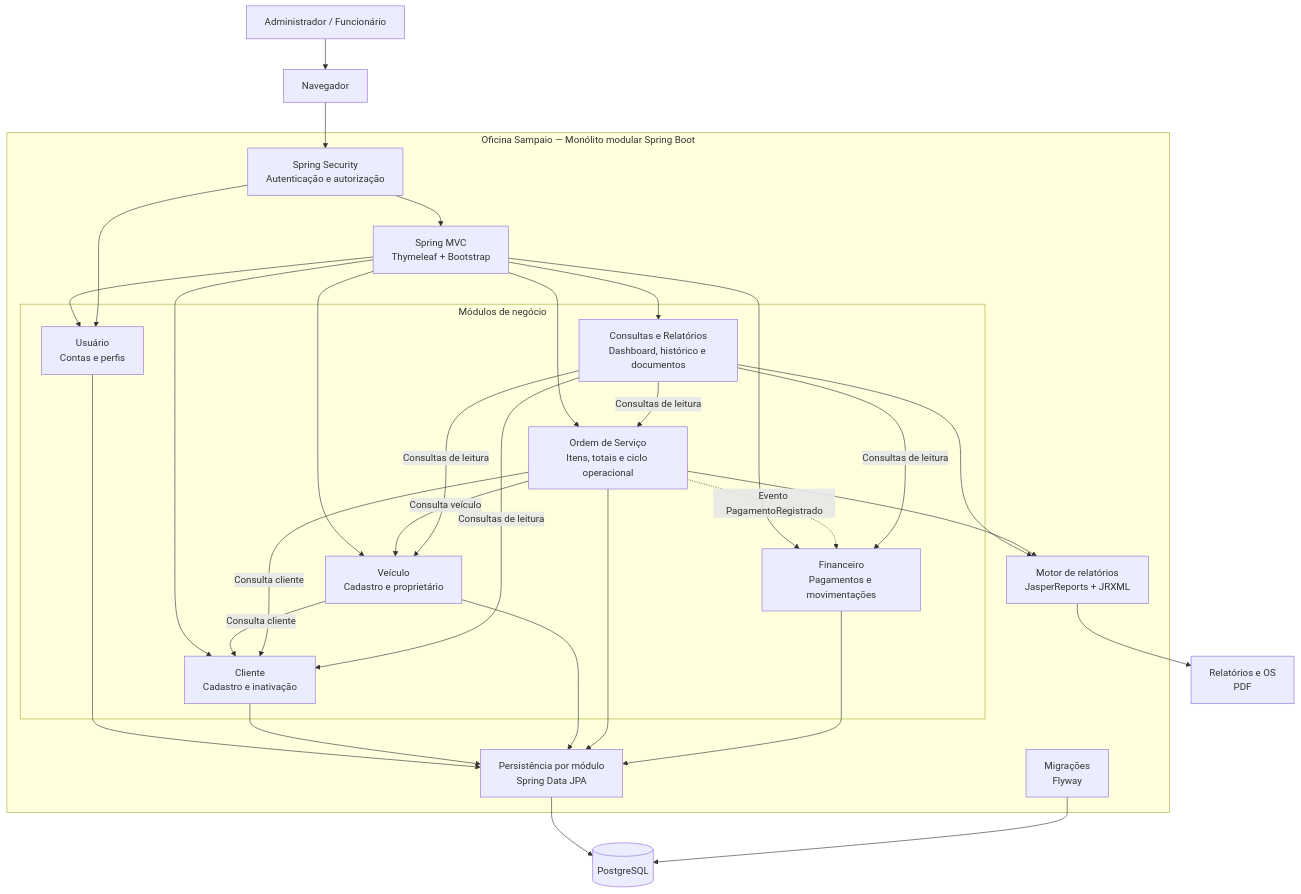
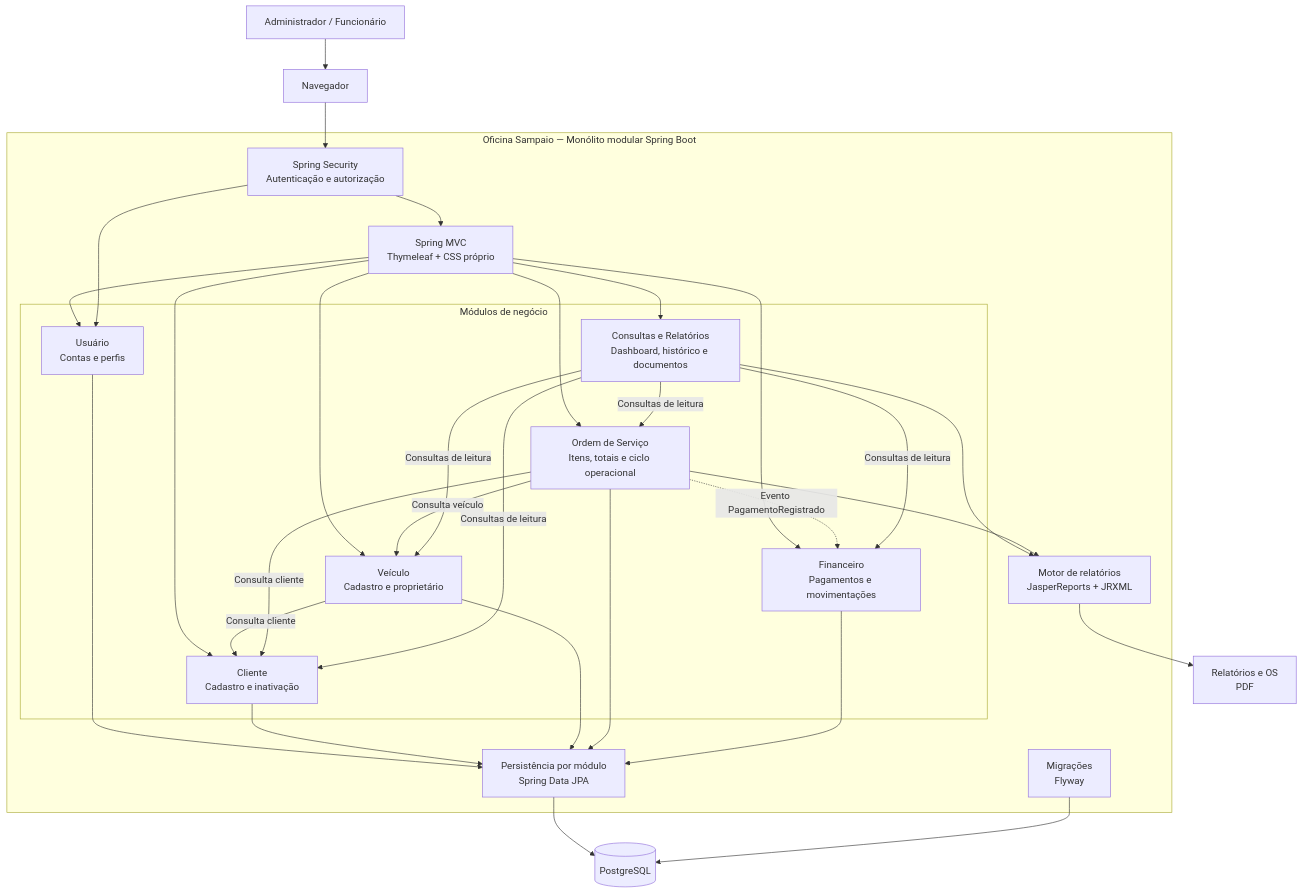
One commit to LeonardoAlvesDeSouza/oficina-sampaio changed the first of 6 diagrams in docs/architecture.md. Above: the diagram before and after it, drawn with Mermaid. The commit also changed 33 other files, not shown here.

````diff
--- a/docs/architecture.md
+++ b/docs/architecture.md
@@ -10,52 +10,52 @@
 ```mermaid
 flowchart TB
     actor["Administrador / Funcionário"] --> browser["Navegador"]
     browser --> security["Spring Security<br/>Autenticação e autorização"]
 
     subgraph system["Oficina Sampaio — Monólito modular Spring Boot"]
-        security --> web["Spring MVC<br/>Thymeleaf + Bootstrap"]
+        security --> web["Spring MVC<br/>Thymeleaf + CSS próprio"]
 
         subgraph modules["Módulos de negócio"]
             usuario["Usuário<br/>Contas e perfis"]
             cliente["Cliente<br/>Cadastro e inativação"]
             veiculo["Veículo<br/>Cadastro e proprietário"]
             ordem["Ordem de Serviço<br/>Itens, totais e ciclo operacional"]
             financeiro["Financeiro<br/>Pagamentos e movimentações"]
             relatorio["Consultas e Relatórios<br/>Dashboard, histórico e documentos"]
         end
 
         web --> usuario
         web --> cliente
         web --> veiculo
         web --> ordem
         web --> financeiro
         web --> relatorio
 
         security --> usuario
         veiculo -->|"Consulta cliente"| cliente
         ordem -->|"Consulta cliente"| cliente
         ordem -->|"Consulta veículo"| veiculo
         ordem -.->|"Evento PagamentoRegistrado"| financeiro
 
         relatorio -->|"Consultas de leitura"| cliente
         relatorio -->|"Consultas de leitura"| veiculo
         relatorio -->|"Consultas de leitura"| ordem
         relatorio -->|"Consultas de leitura"| financeiro
 
         persistence["Persistência por módulo<br/>Spring Data JPA"]
         migrations["Migrações<br/>Flyway"]
         jasper["Motor de relatórios<br/>JasperReports + JRXML"]
 
         usuario --> persistence
         cliente --> persistence
         veiculo --> persistence
         ordem --> persistence
         financeiro --> persistence
         relatorio --> jasper
         ordem --> jasper
     end
 
     persistence --> database[("PostgreSQL")]
     migrations --> database
     jasper --> document["Relatórios e OS<br/>PDF"]
 ```
````
